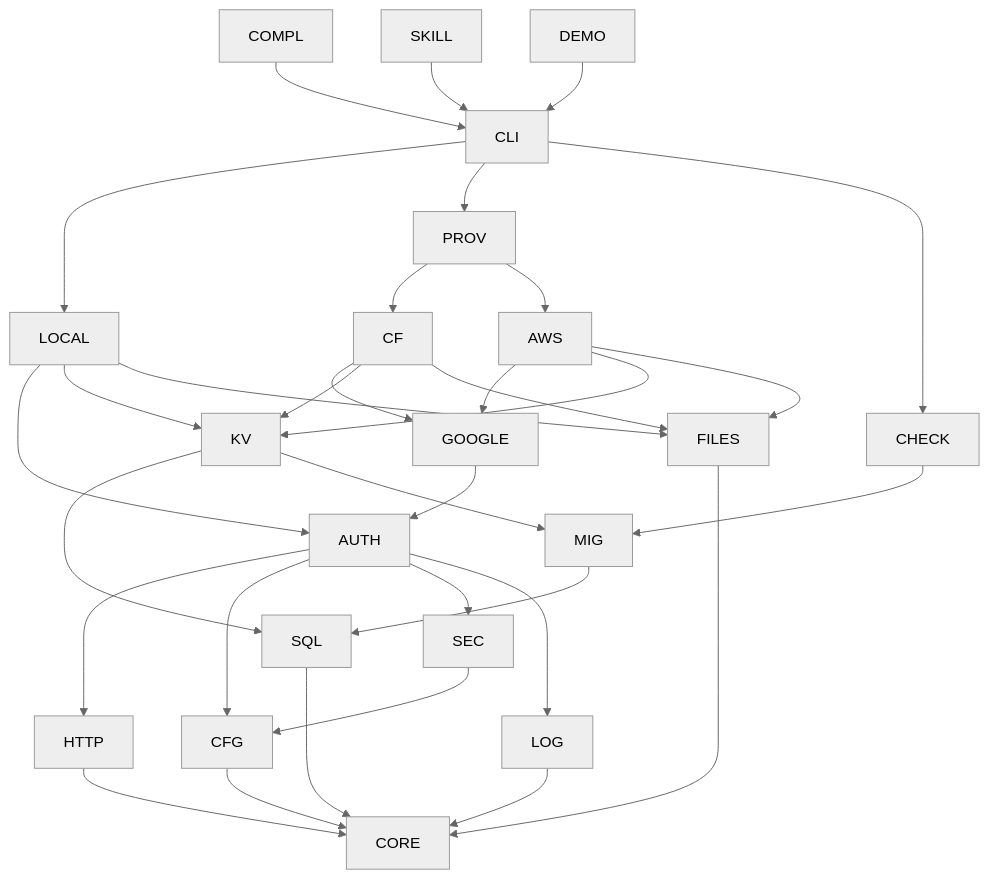
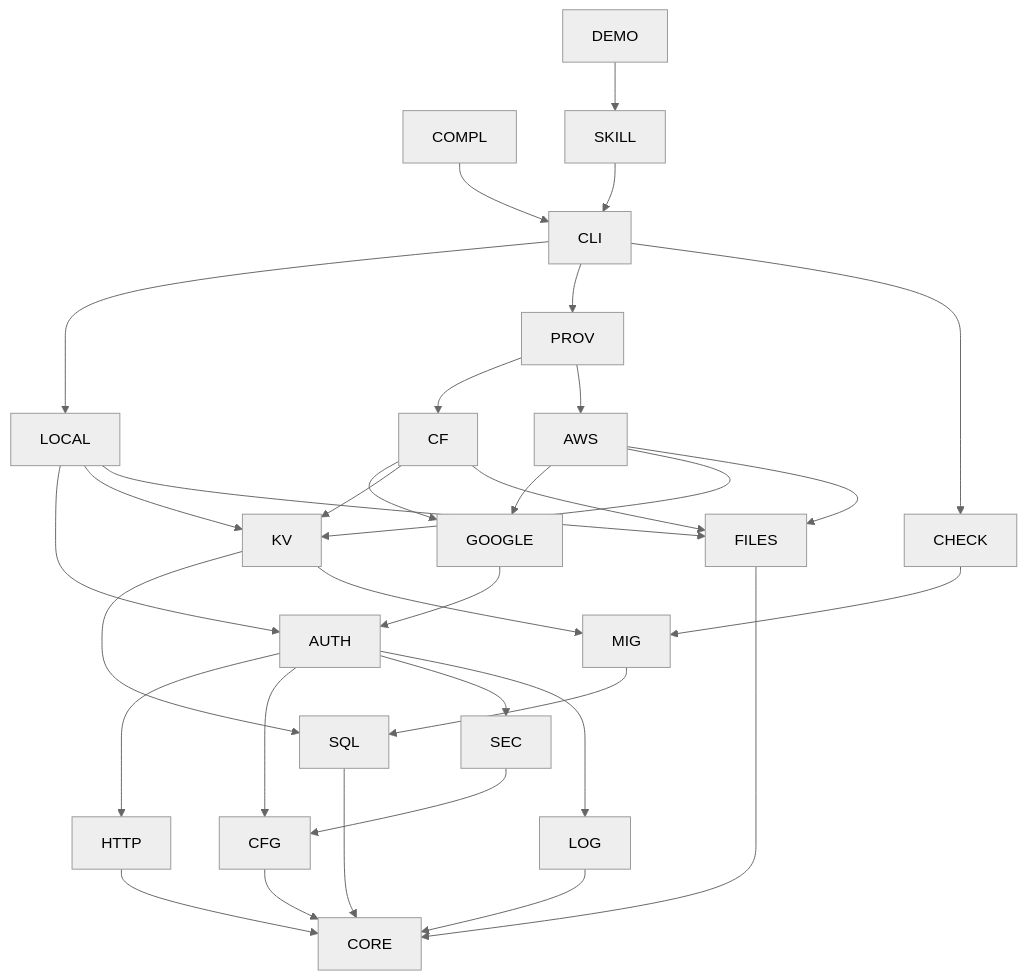
One commit to lago-morph/cloud-app changed the diagram in docs/architecture/component-map.md. Above: the diagram before and after it, drawn with Mermaid (neutral theme). The commit also changed other lines of this file and 1 other file, not shown here.

First line of the commit message:
docs: make DEMO depend on SKILL

````diff
--- a/docs/architecture/component-map.md
+++ b/docs/architecture/component-map.md
@@ -55,35 +55,35 @@
 ```mermaid
 graph TD
   HTTP --> CORE
   SQL --> CORE
   FILES --> CORE
   CFG --> CORE
   LOG --> CORE
   MIG --> SQL
   KV --> SQL
   KV --> MIG
   SEC --> CFG
   AUTH --> HTTP
   AUTH --> CFG
   AUTH --> SEC
   AUTH --> LOG
   GOOGLE --> AUTH
   LOCAL --> AUTH
   LOCAL --> KV
   LOCAL --> FILES
   CF --> GOOGLE
   CF --> KV
   CF --> FILES
   AWS --> GOOGLE
   AWS --> KV
   AWS --> FILES
   PROV --> CF
   PROV --> AWS
   CHECK --> MIG
   CLI --> LOCAL
   CLI --> PROV
   CLI --> CHECK
   COMPL --> CLI
   SKILL --> CLI
-  DEMO --> CLI
+  DEMO --> SKILL
 ```
````
